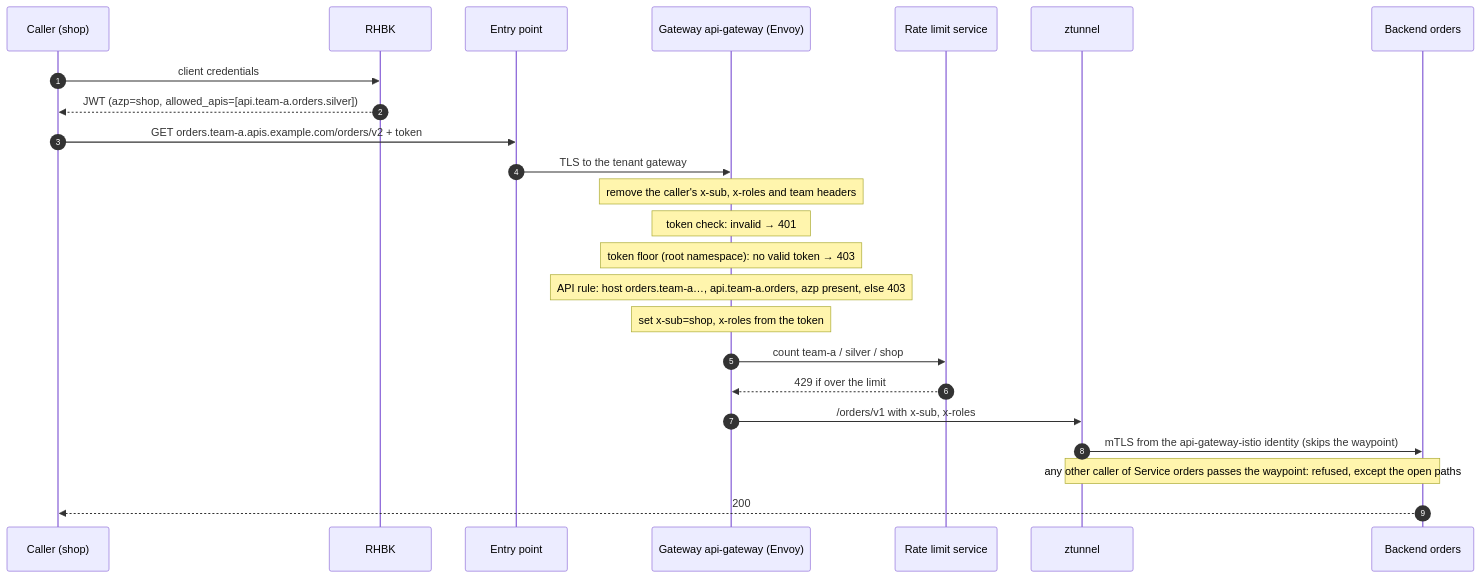
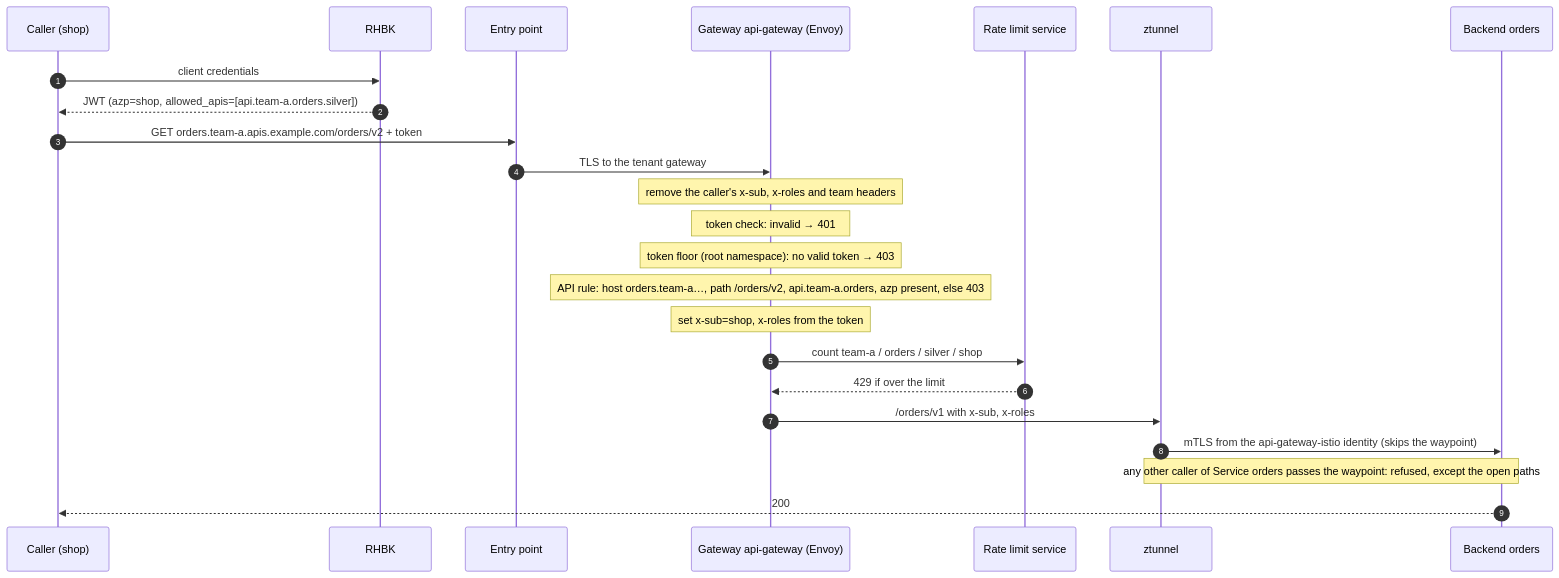
Before and after one commit to stakater/mto-extension-api-gateway: the third of 6 diagrams in docs/diagrams.md, drawn with Mermaid. The commit also changed other lines of this file and 29 other files, not shown here.

````diff
--- a/docs/diagrams.md
+++ b/docs/diagrams.md
@@ -82,26 +82,26 @@
 ```mermaid
 sequenceDiagram
   autonumber
   participant C as Caller (shop)
   participant K as RHBK
   participant E as Entry point
   participant G as Gateway api-gateway (Envoy)
   participant R as Rate limit service
   participant Z as ztunnel
   participant B as Backend orders
   C->>K: client credentials
   K-->>C: JWT (azp=shop, allowed_apis=[api.team-a.orders.silver])
   C->>E: GET orders.team-a.apis.example.com/orders/v2 + token
   E->>G: TLS to the tenant gateway
   Note over G: remove the caller's x-sub, x-roles and team headers
   Note over G: token check: invalid → 401
   Note over G: token floor (root namespace): no valid token → 403
-  Note over G: API rule: host orders.team-a…, api.team-a.orders, azp present, else 403
+  Note over G: API rule: host orders.team-a…, path /orders/v2, api.team-a.orders, azp present, else 403
   Note over G: set x-sub=shop, x-roles from the token
-  G->>R: count team-a / silver / shop
+  G->>R: count team-a / orders / silver / shop
   R-->>G: 429 if over the limit
   G->>Z: /orders/v1 with x-sub, x-roles
   Z->>B: mTLS from the api-gateway-istio identity (skips the waypoint)
   Note over Z,B: any other caller of Service orders passes the waypoint: refused, except the open paths
   B-->>C: 200
 ```
````
